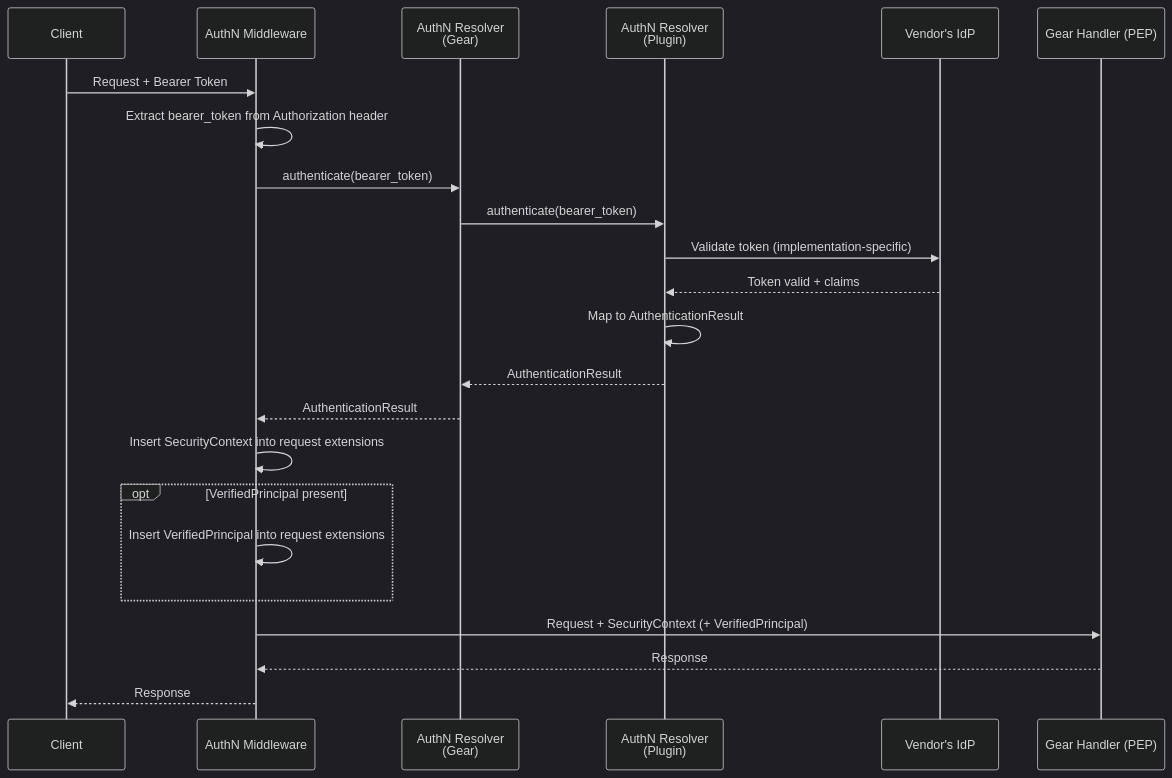
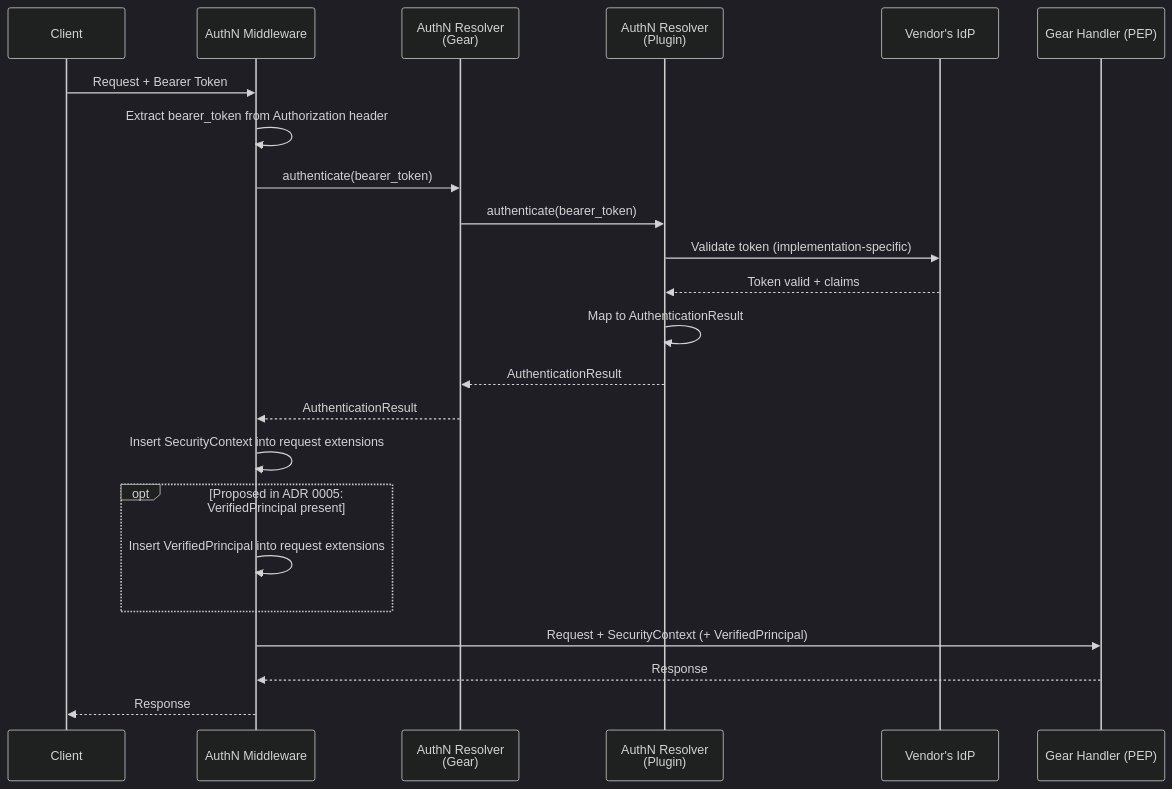
One commit to constructorfabric/gears-rust changed the third of 5 diagrams in docs/arch/authorization/DESIGN.md. Above: the diagram before and after it, drawn with Mermaid (dark theme). The commit also changed other lines of this file and 10 other files, not shown here.

````diff
--- a/docs/arch/authorization/DESIGN.md
+++ b/docs/arch/authorization/DESIGN.md
@@ -429,26 +432,26 @@
 ```mermaid
 sequenceDiagram
     participant Client
     participant Middleware as AuthN Middleware
     participant Resolver as AuthN Resolver<br/>(Gear)
     participant Plugin as AuthN Resolver<br/>(Plugin)
     participant IdP as Vendor's IdP
     participant Handler as Gear Handler (PEP)
 
     Client->>Middleware: Request + Bearer Token
     Middleware->>Middleware: Extract bearer_token from Authorization header
     Middleware->>Resolver: authenticate(bearer_token)
     Resolver->>Plugin: authenticate(bearer_token)
     Plugin->>IdP: Validate token (implementation-specific)
     IdP-->>Plugin: Token valid + claims
     Plugin->>Plugin: Map to AuthenticationResult
     Plugin-->>Resolver: AuthenticationResult
     Resolver-->>Middleware: AuthenticationResult
     Middleware->>Middleware: Insert SecurityContext into request extensions
-    opt VerifiedPrincipal present
+    opt Proposed in ADR 0005: VerifiedPrincipal present
         Middleware->>Middleware: Insert VerifiedPrincipal into request extensions
     end
     Middleware->>Handler: Request + SecurityContext (+ VerifiedPrincipal)
     Handler-->>Middleware: Response
     Middleware-->>Client: Response
 ```
````
